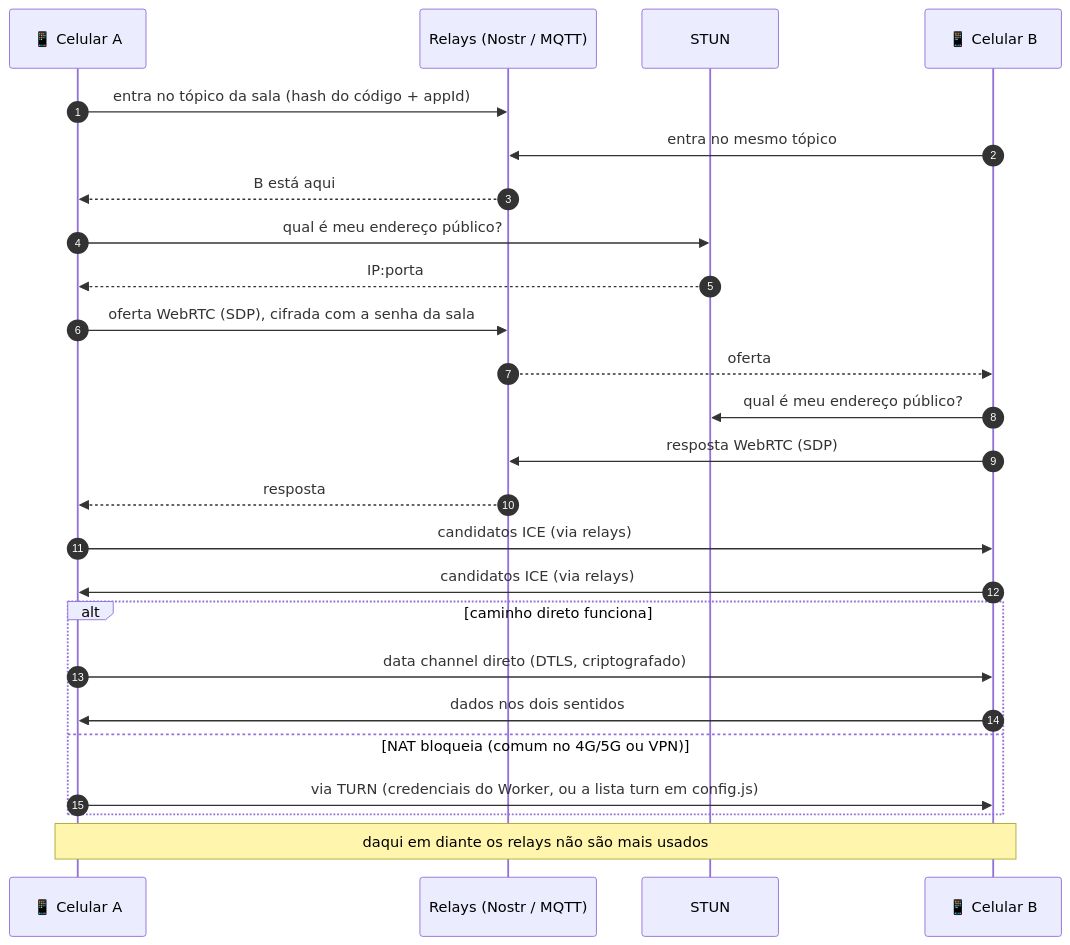
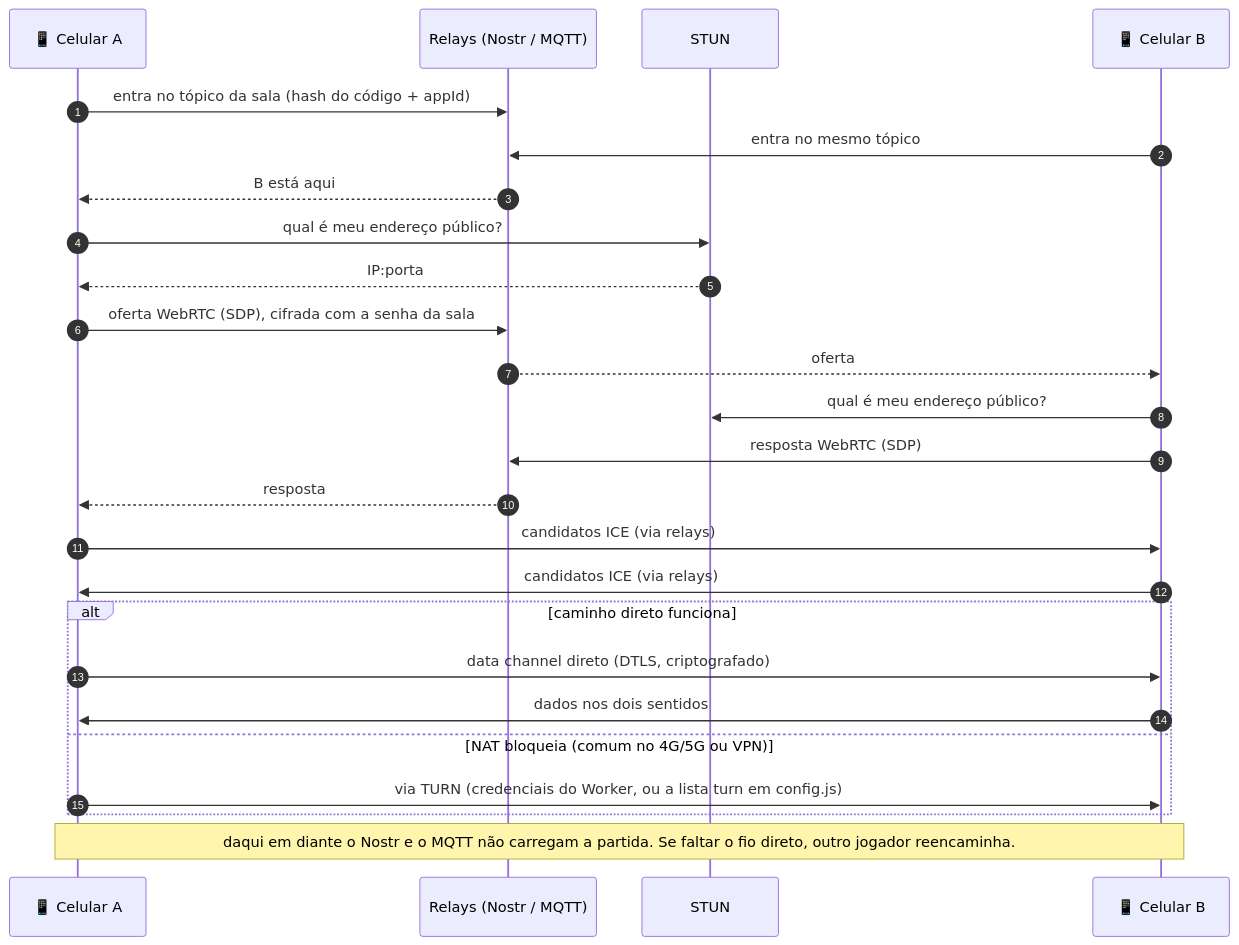
Before and after one commit to sschonss/ito: the third of 16 diagrams in docs/p2p.md, drawn with Mermaid. The commit also changed other lines of this file and 14 other files, not shown here.

````diff
--- a/docs/p2p.md
+++ b/docs/p2p.md
@@ -68,27 +68,27 @@
 ```mermaid
 sequenceDiagram
   autonumber
   participant A as 📱 Celular A
   participant R as Relays (Nostr / MQTT)
   participant S as STUN
   participant B as 📱 Celular B
   A->>R: entra no tópico da sala (hash do código + appId)
   B->>R: entra no mesmo tópico
   R-->>A: B está aqui
   A->>S: qual é meu endereço público?
   S-->>A: IP:porta
   A->>R: oferta WebRTC (SDP), cifrada com a senha da sala
   R-->>B: oferta
   B->>S: qual é meu endereço público?
   B->>R: resposta WebRTC (SDP)
   R-->>A: resposta
   A->>B: candidatos ICE (via relays)
   B->>A: candidatos ICE (via relays)
   alt caminho direto funciona
     A->>B: data channel direto (DTLS, criptografado)
     B->>A: dados nos dois sentidos
   else NAT bloqueia (comum no 4G/5G ou VPN)
     A->>B: via TURN (credenciais do Worker, ou a lista turn em config.js)
   end
-  Note over A,B: daqui em diante os relays não são mais usados
+  Note over A,B: daqui em diante o Nostr e o MQTT não carregam a partida. Se faltar o fio direto, outro jogador reencaminha.
 ```
````
